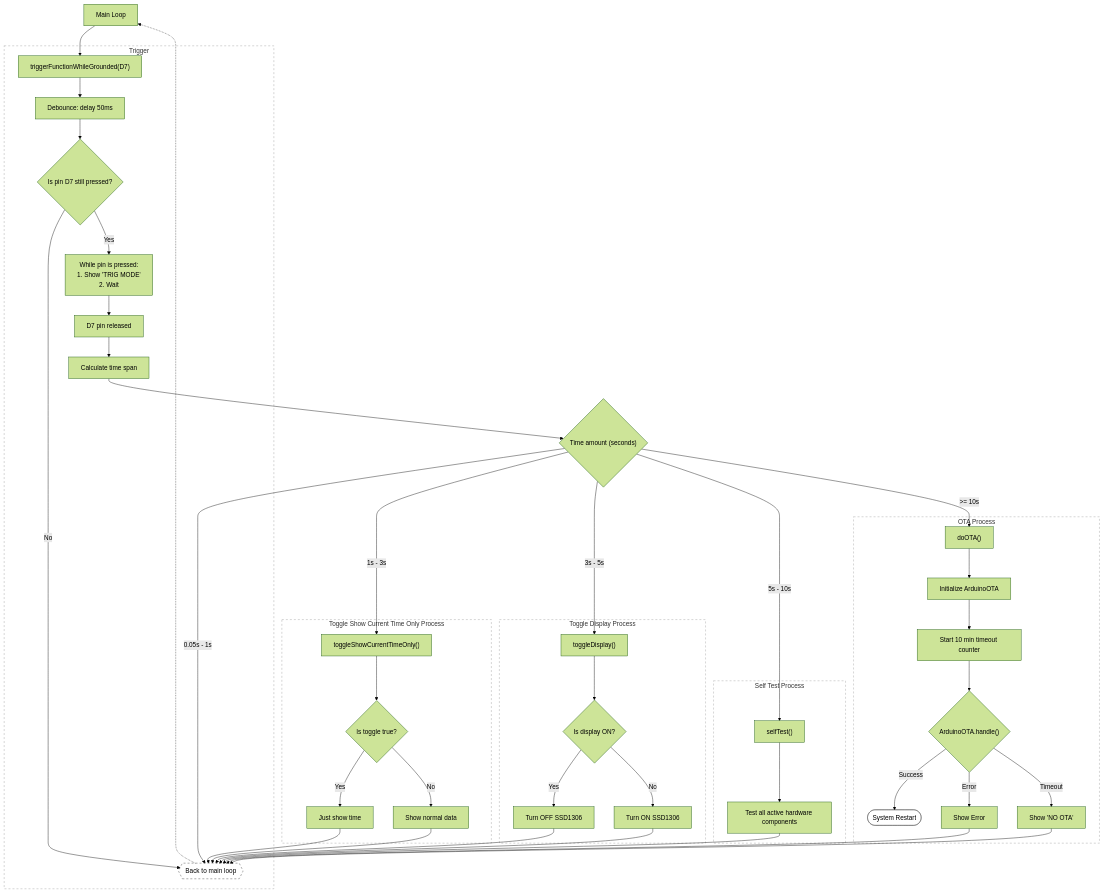
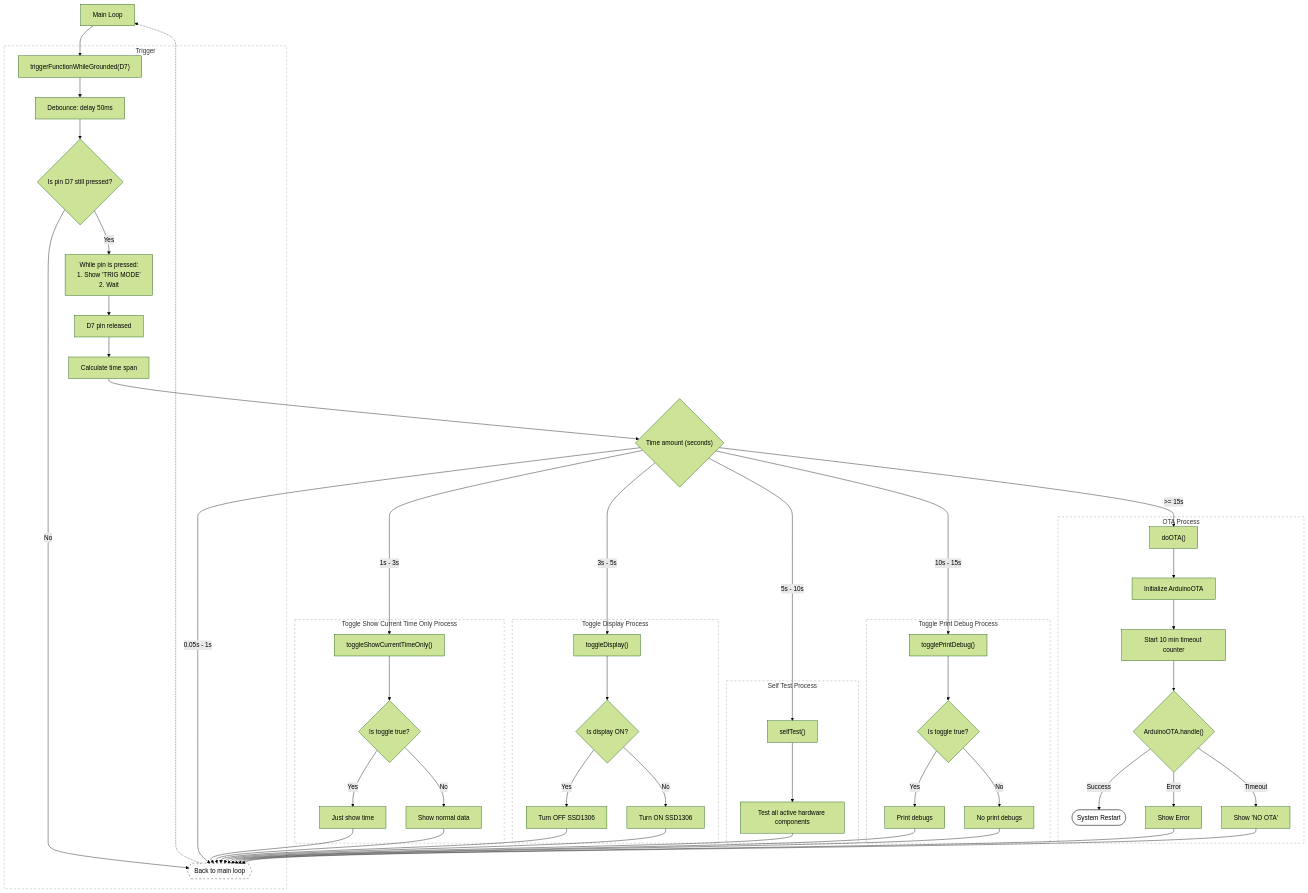
The diagram in README.md (frnmst/esp8266-iot-gas-detector), drawn with Mermaid (forest theme) before and after one commit. The commit also changed other lines of this file and 28 other files, not shown here.

````diff
--- a/README.md
+++ b/README.md
@@ -86,8 +96,17 @@
         D7_Run --> EndLoop
     end
 
-    %% 4. doOTA
-    B7 -->|>= 10s| E7["doOTA()"]
+    %% 4. togglePrintDebug
+    B7 -->|10s - 15s| Y7["togglePrintDebug()"]
+    subgraph TogglePrintDebugLogic [Toggle Print Debug Process]
+        Y7 --> Y7_Dec{Is toggle true?}
+        Y7_Dec -->|Yes| Y7_On[Print debugs]
+        Y7_Dec -->|No| Y7_Off[No print debugs]
+        Y7_Off & Y7_On --> EndLoop
+    end
+
+    %% 5. doOTA
+    B7 -->|>= 15s| E7["doOTA()"]
     subgraph OTALogic [OTA Process]
         E7 --> E7_Setup["Initialize ArduinoOTA"]
         E7_Setup --> E7_Wait["Start 10 min timeout counter"]
@@ -108,5 +127,6 @@
     style ToggleShowCurrentTimeOnlyLogic fill:none,stroke:#999,stroke-dasharray: 5 5
     style SelfTestLogic fill:none,stroke:#999,stroke-dasharray: 5 5
     style ToggleDisplayLogic fill:none,stroke:#999,stroke-dasharray: 5 5
+    style TogglePrintDebugLogic fill:none,stroke:#999,stroke-dasharray: 5 5
     style OTALogic fill:none,stroke:#999,stroke-dasharray: 5 5
 ```
````
